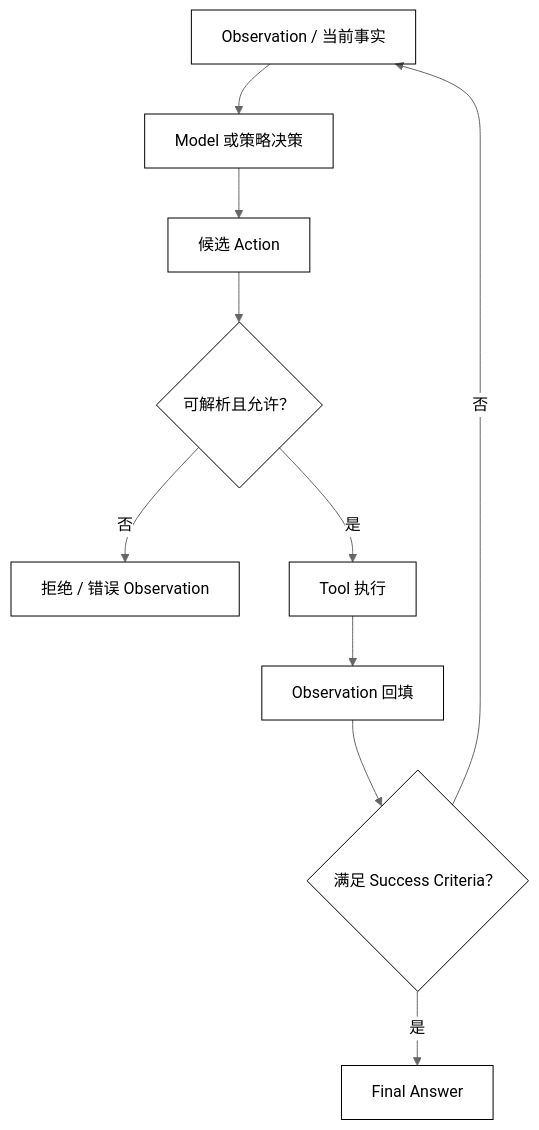
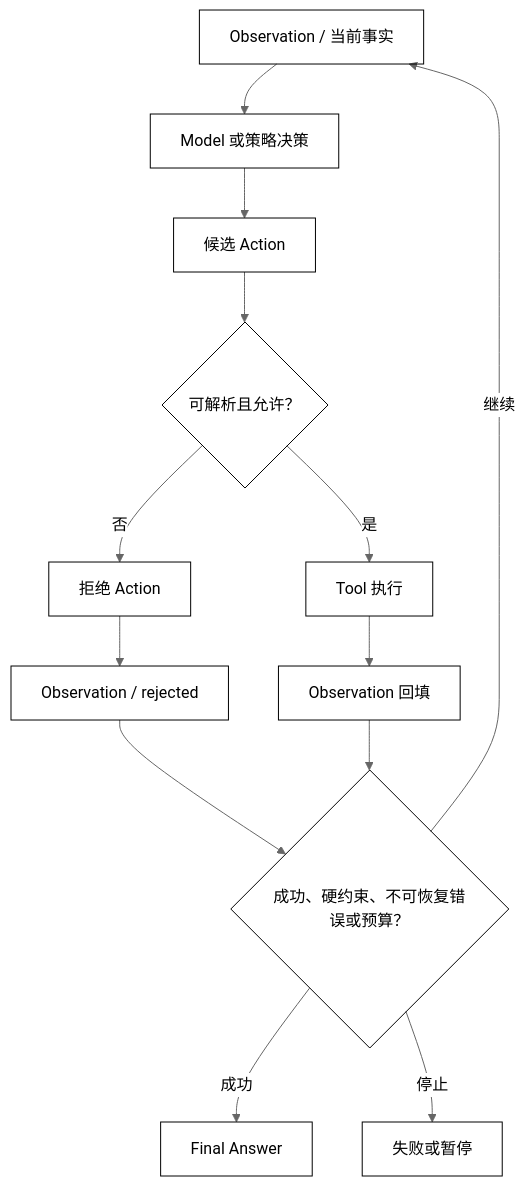
One commit to clint-sfy/clintsfy.github.io changed the diagram in docs/courses/agent/02-Agent基础/04-Observation-Action与Agent-Loop.md. Above: the diagram before and after it, drawn with Mermaid (neutral theme). The commit also changed other lines of this file and 7 other files, not shown here.

Commit message:
fix(agent): refine course mermaid boundaries

````diff
--- a/docs/courses/agent/02-Agent基础/04-Observation-Action与Agent-Loop.md
+++ b/docs/courses/agent/02-Agent基础/04-Observation-Action与Agent-Loop.md
@@ -67,15 +67,19 @@
 ```mermaid
 flowchart TD
     Observation["Observation / 当前事实"] --> Decide["Model 或策略决策"]
     Decide --> Action["候选 Action"]
     Action --> Check{"可解析且允许？"}
-    Check -->|否| Rejected["拒绝 / 错误 Observation"]
+    Check -->|否| Rejected["拒绝 Action"]
     Check -->|是| Tool["Tool 执行"]
     Tool --> NewObservation["Observation 回填"]
-    NewObservation --> Stop{"满足 Success Criteria？"}
-    Stop -->|否| Observation
-    Stop -->|是| Final["Final Answer"]
+    Rejected --> RejectedObservation["Observation / rejected"]
+    RejectedObservation --> Stop
+    NewObservation --> Stop
+    Stop{"成功、硬约束、不可恢复错误或预算？"}
+    Stop -->|继续| Observation
+    Stop -->|成功| Final["Final Answer"]
+    Stop -->|停止| Halt["失败或暂停"]
 
     classDef core fill:transparent,stroke:currentColor,color:currentColor,stroke-width:1px;
-    class Observation,Decide,Action,Check,Rejected,Tool,NewObservation,Stop,Final core;
+    class Observation,Decide,Action,Check,Rejected,RejectedObservation,Tool,NewObservation,Stop,Final,Halt core;
 ```
````
